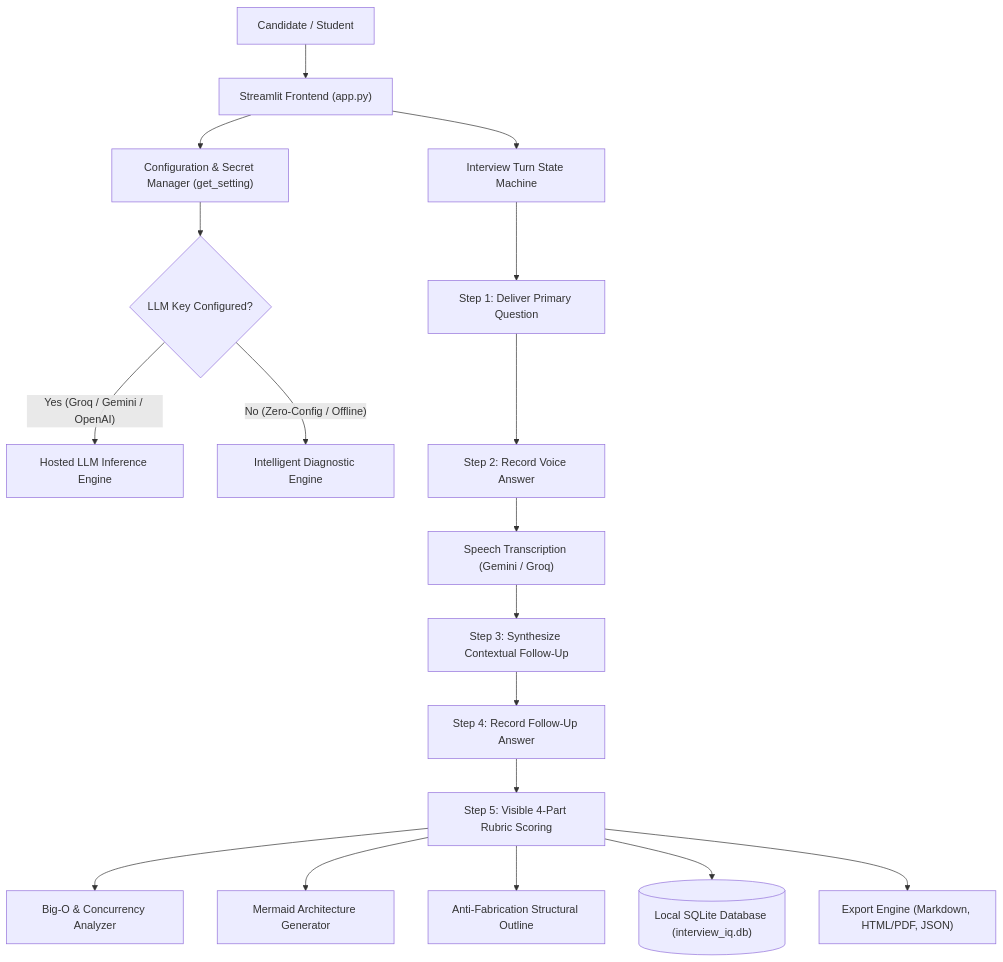
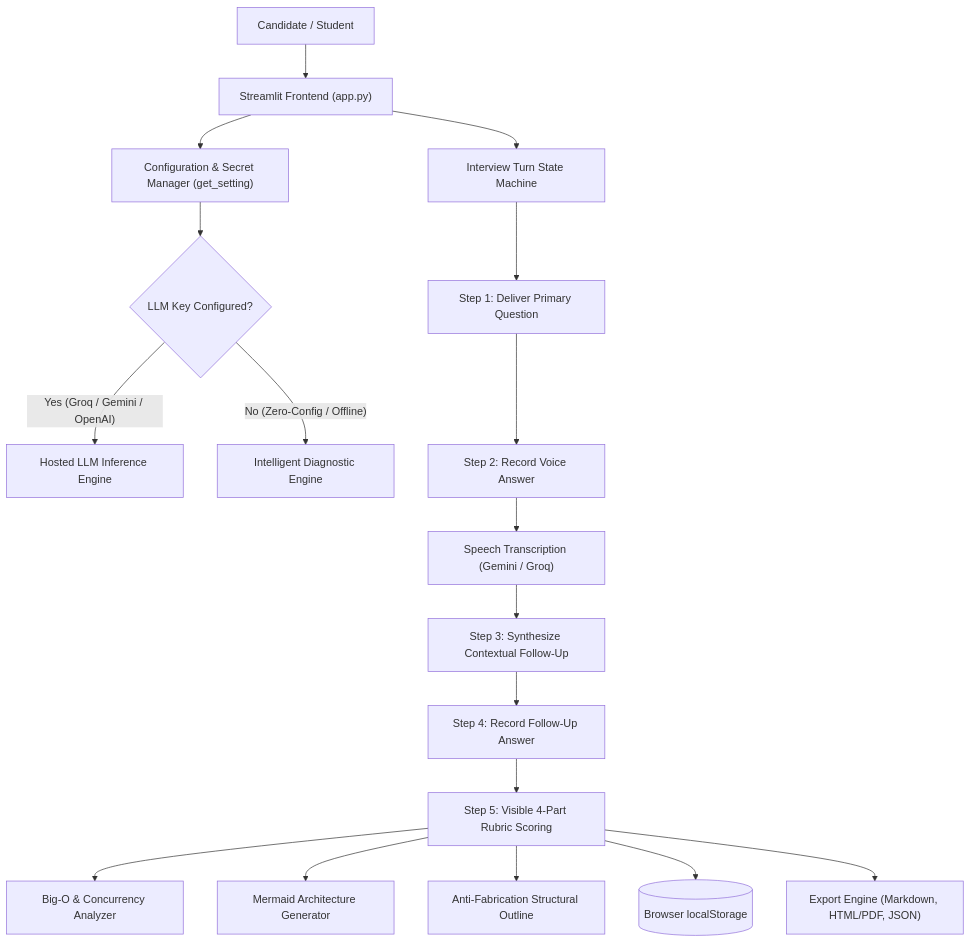
Before and after one commit to Sur2004/interview_iq: the diagram in README.md, drawn with Mermaid. The commit also changed other lines of this file, not shown here.

Commit message:
Document browser-only storage, OTP setup, and graph-based progress

````diff
--- a/README.md
+++ b/README.md
@@ -81,24 +81,24 @@
 ```mermaid
 flowchart TD
     Candidate["Candidate / Student"] --> UI["Streamlit Frontend (app.py)"]
     UI --> Config["Configuration & Secret Manager (get_setting)"]
     Config --> ModeCheck{"LLM Key Configured?"}
     
     ModeCheck -- "Yes (Groq / Gemini / OpenAI)" --> LiveLLM["Hosted LLM Inference Engine"]
     ModeCheck -- "No (Zero-Config / Offline)" --> OfflineEngine["Intelligent Diagnostic Engine"]
     
     UI --> TurnEngine["Interview Turn State Machine"]
     TurnEngine --> PrimaryPrompt["Step 1: Deliver Primary Question"]
     PrimaryPrompt --> UserAns["Step 2: Record Voice Answer"]
     UserAns --> Speech["Speech Transcription (Gemini / Groq)"]
     Speech --> FollowupGen["Step 3: Synthesize Contextual Follow-Up"]
     FollowupGen --> FollowupAns["Step 4: Record Follow-Up Answer"]
     FollowupAns --> RubricEval["Step 5: Visible 4-Part Rubric Scoring"]
     
     RubricEval --> TechTelemetry["Big-O & Concurrency Analyzer"]
     RubricEval --> ArchDiagram["Mermaid Architecture Generator"]
     RubricEval --> EthicalOutline["Anti-Fabrication Structural Outline"]
     
-    RubricEval --> SQLite[("Local SQLite Database (interview_iq.db)")]
+    RubricEval --> BrowserStore[("Browser localStorage")]
     RubricEval --> ReportGen["Export Engine (Markdown, HTML/PDF, JSON)"]
 ```
````
